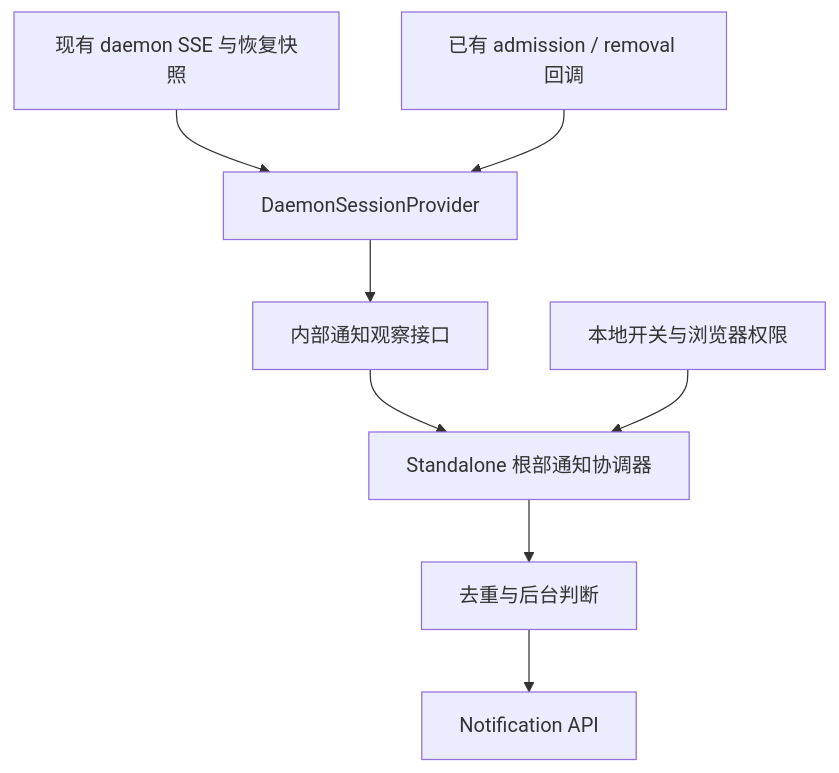
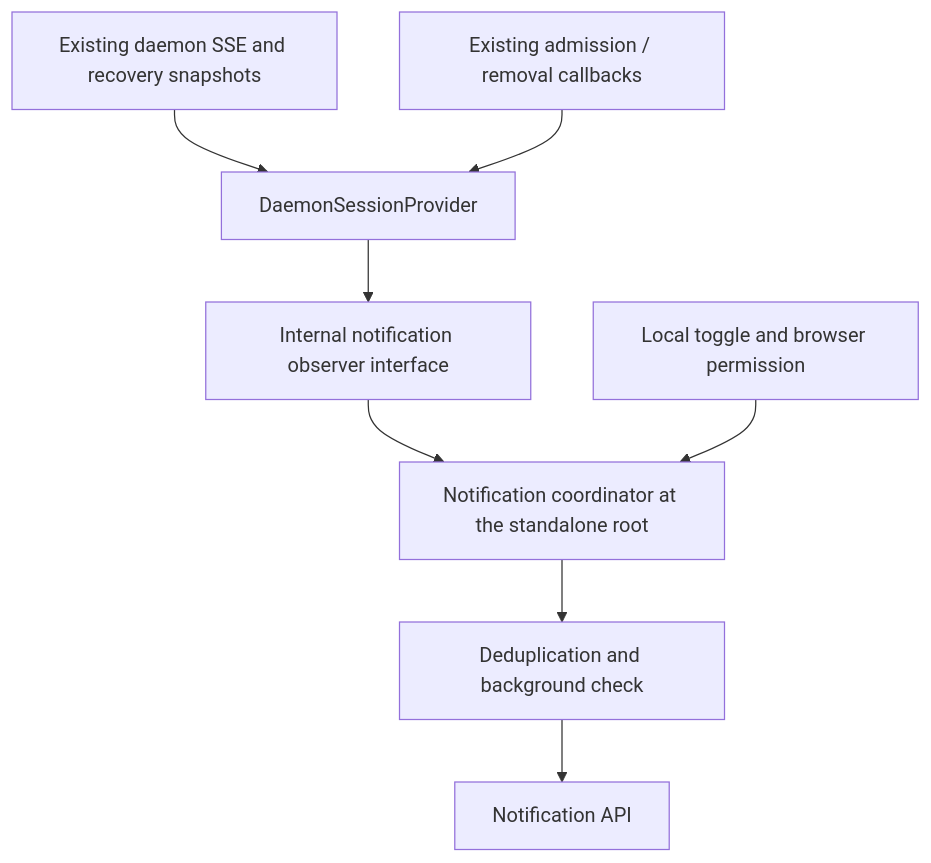
The diagram in docs/design/web-shell/web-shell-browser-turn-notifications.md (QwenLM/qwen-code), drawn with Mermaid before and after one commit. The commit also changed other lines of this file and 3 other files, not shown here.

Commit message:
docs: translate permission card and browser notification designs

````diff
--- a/docs/design/web-shell/web-shell-browser-turn-notifications.md
+++ b/docs/design/web-shell/web-shell-browser-turn-notifications.md
@@ -90,10 +92,10 @@
 ```mermaid
 flowchart TD
-    A[现有 daemon SSE 与恢复快照] --> B[DaemonSessionProvider]
-    P[已有 admission / removal 回调] --> B
-    B --> C[内部通知观察接口]
-    C --> D[Standalone 根部通知协调器]
-    S[本地开关与浏览器权限] --> D
-    D --> E[去重与后台判断]
+    A[Existing daemon SSE and recovery snapshots] --> B[DaemonSessionProvider]
+    P[Existing admission / removal callbacks] --> B
+    B --> C[Internal notification observer interface]
+    C --> D[Notification coordinator at the standalone root]
+    S[Local toggle and browser permission] --> D
+    D --> E[Deduplication and background check]
     E --> N[Notification API]
 ```
````
